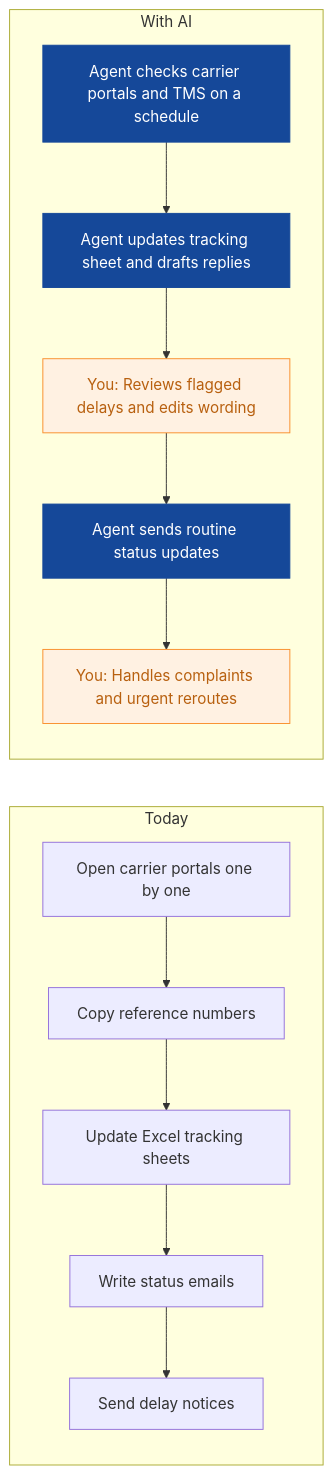
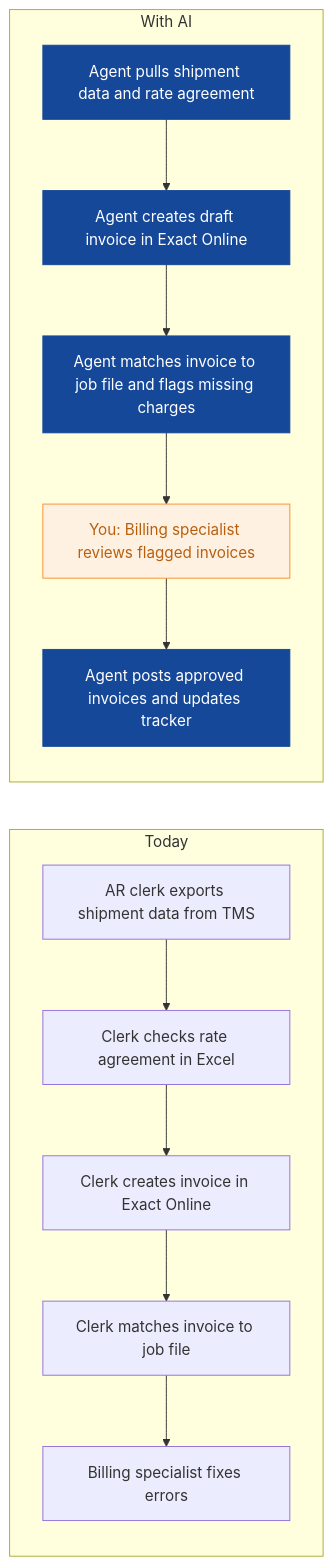
The third of 9 diagrams in strategies/harborline-freight.md (nexibeo/Complete-AI-Strategy), drawn with Mermaid before and after one commit. The commit also changed other lines of this file and 26 other files, not shown here.

````diff
--- a/strategies/harborline-freight.md
+++ b/strategies/harborline-freight.md
@@ -77,23 +111,23 @@
 ```mermaid
 flowchart LR
   subgraph Today
-    B0["Open carrier portals one by one"]
-    B1["Copy reference numbers"]
-    B2["Update Excel tracking sheets"]
-    B3["Write status emails"]
-    B4["Send delay notices"]
+    B0["AR clerk exports shipment data from TMS"]
+    B1["Clerk checks rate agreement in Excel"]
+    B2["Clerk creates invoice in Exact Online"]
+    B3["Clerk matches invoice to job file"]
+    B4["Billing specialist fixes errors"]
     B0 --> B1 --> B2 --> B3 --> B4
   end
   subgraph WithAI[With AI]
-    A0["Agent checks carrier portals and TMS on a schedule"]
-    A1["Agent updates tracking sheet and drafts replies"]
-    A2["You: Reviews flagged delays and edits wording"]
-    A3["Agent sends routine status updates"]
-    A4["You: Handles complaints and urgent reroutes"]
+    A0["Agent pulls shipment data and rate agreement"]
+    A1["Agent creates draft invoice in Exact Online"]
+    A2["Agent matches invoice to job file and flags missing charges"]
+    A3["You: Billing specialist reviews flagged invoices"]
+    A4["Agent posts approved invoices and updates tracker"]
     A0 --> A1 --> A2 --> A3 --> A4
   end
   classDef ai fill:#154899,color:#fff,stroke:#154899
   classDef human fill:#FFF1E2,color:#B8600F,stroke:#F98F2C
-  class A0,A1,A3 ai
-  class A2,A4 human
+  class A0,A1,A2,A4 ai
+  class A3 human
 ```
````
